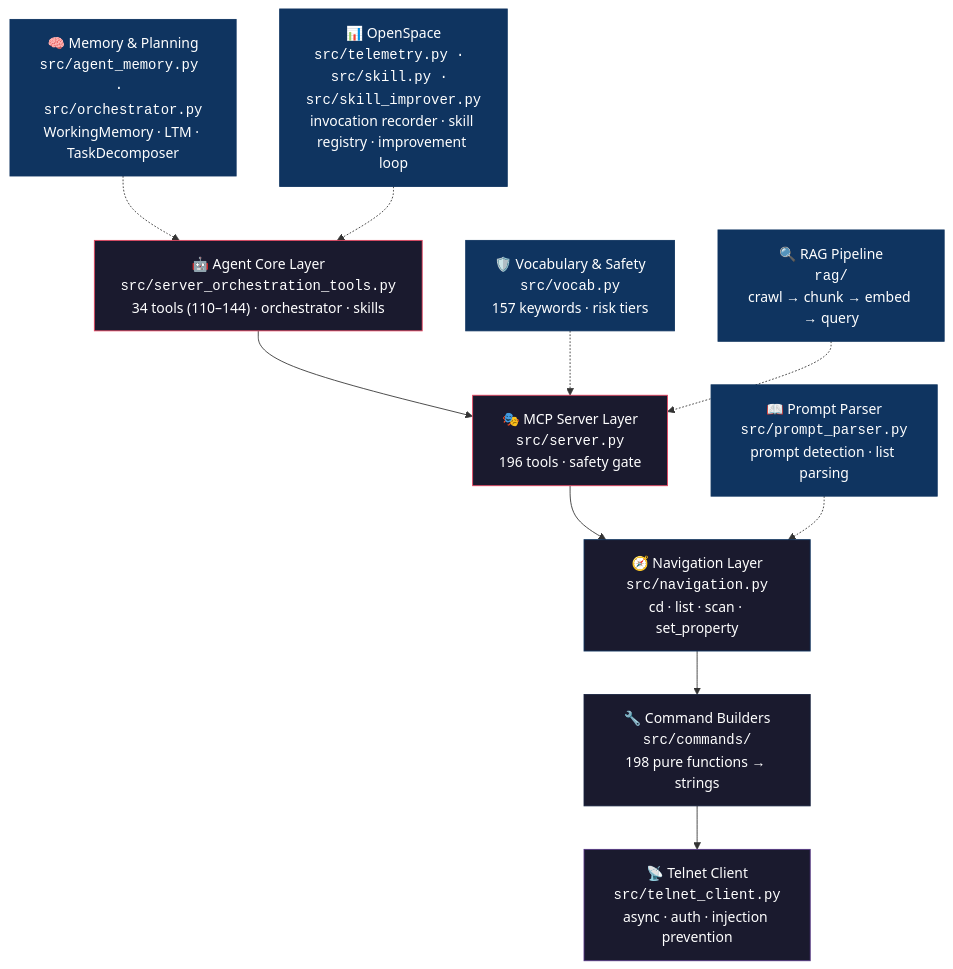
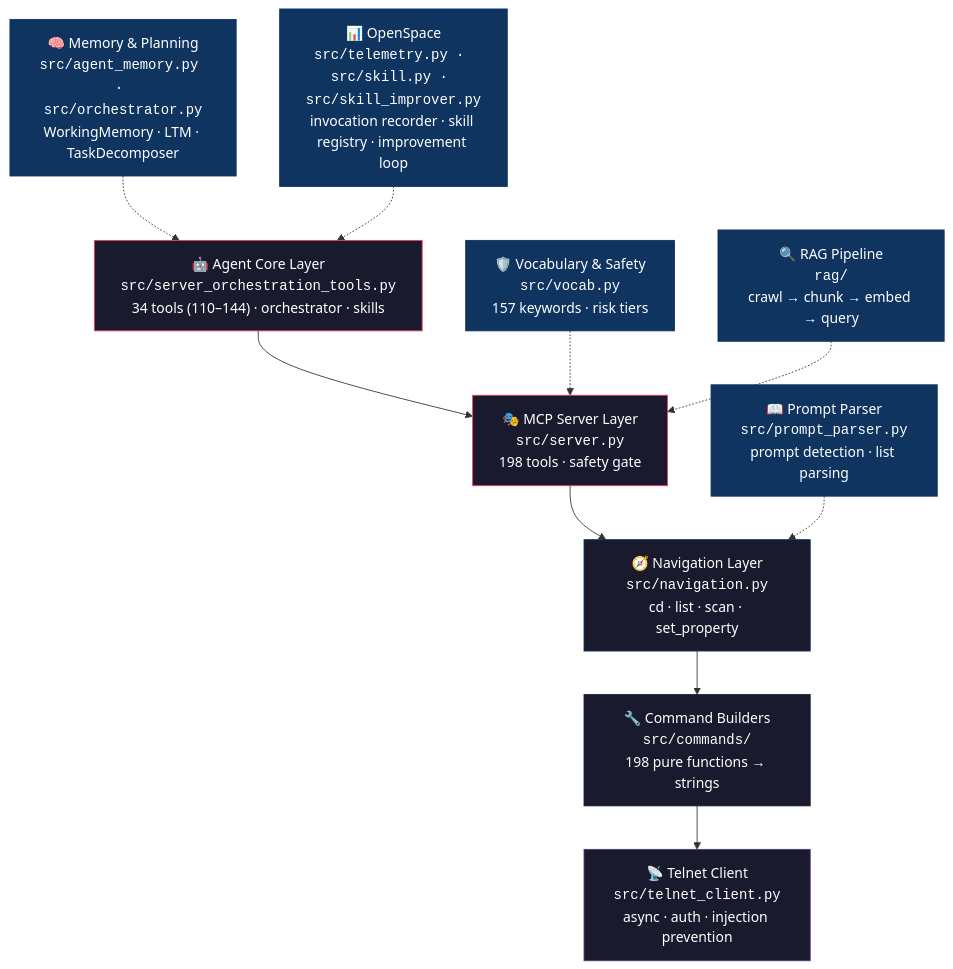
Before and after one commit to drohi-r/grandma2-mcp: the first of 2 diagrams in README.md, drawn with Mermaid. The commit also changed other lines of this file and 8 other files, not shown here.

````diff
--- a/README.md
+++ b/README.md
@@ -64,25 +64,25 @@
 ```mermaid
 graph TD
     H["🤖 Agent Core Layer<br/><code>src/server_orchestration_tools.py</code><br/>34 tools (110–144) · orchestrator · skills"] --> A
-    A["🎭 MCP Server Layer<br/><code>src/server.py</code><br/>196 tools · safety gate"] --> B
+    A["🎭 MCP Server Layer<br/><code>src/server.py</code><br/>198 tools · safety gate"] --> B
     B["🧭 Navigation Layer<br/><code>src/navigation.py</code><br/>cd · list · scan · set_property"] --> C
     C["🔧 Command Builders<br/><code>src/commands/</code><br/>198 pure functions → strings"] --> D
     D["📡 Telnet Client<br/><code>src/telnet_client.py</code><br/>async · auth · injection prevention"]
 
     E["📖 Prompt Parser<br/><code>src/prompt_parser.py</code><br/>prompt detection · list parsing"] -.-> B
     F["🛡️ Vocabulary & Safety<br/><code>src/vocab.py</code><br/>157 keywords · risk tiers"] -.-> A
     G["🔍 RAG Pipeline<br/><code>rag/</code><br/>crawl → chunk → embed → query"] -.-> A
     I["🧠 Memory & Planning<br/><code>src/agent_memory.py · src/orchestrator.py</code><br/>WorkingMemory · LTM · TaskDecomposer"] -.-> H
     J["📊 OpenSpace<br/><code>src/telemetry.py · src/skill.py · src/skill_improver.py</code><br/>invocation recorder · skill registry · improvement loop"] -.-> H
 
     style H fill:#1a1a2e,stroke:#e94560,color:#fff
     style A fill:#1a1a2e,stroke:#e94560,color:#fff
     style B fill:#1a1a2e,stroke:#0f3460,color:#fff
     style C fill:#1a1a2e,stroke:#16213e,color:#fff
     style D fill:#1a1a2e,stroke:#533483,color:#fff
     style E fill:#0f3460,stroke:#0f3460,color:#fff
     style F fill:#0f3460,stroke:#0f3460,color:#fff
     style G fill:#0f3460,stroke:#0f3460,color:#fff
     style I fill:#0f3460,stroke:#0f3460,color:#fff
     style J fill:#0f3460,stroke:#0f3460,color:#fff
 ```
````
